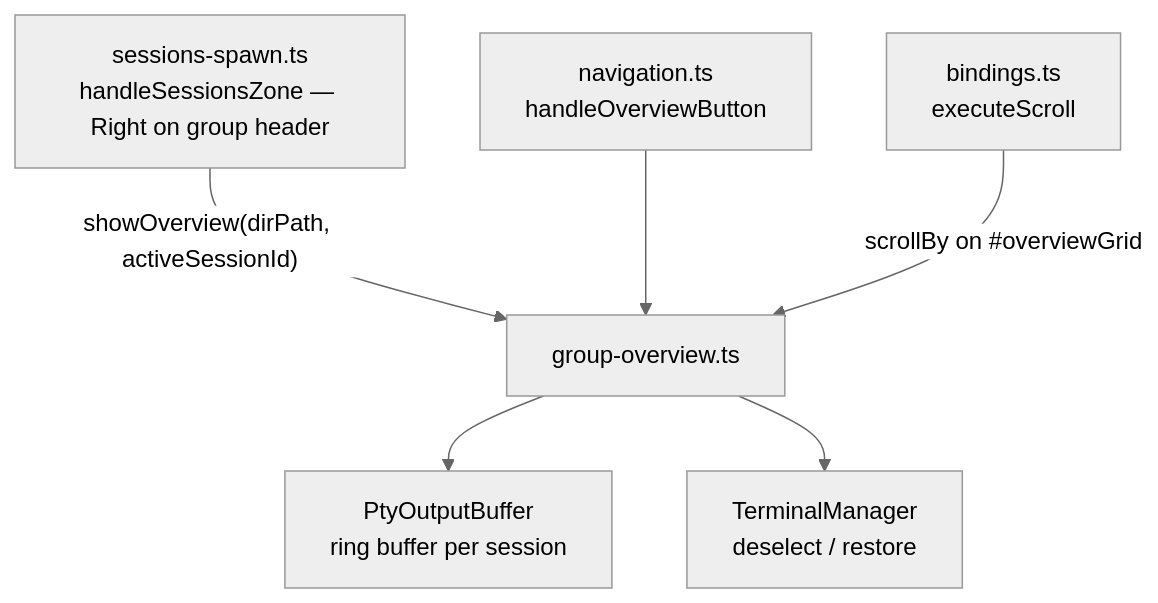
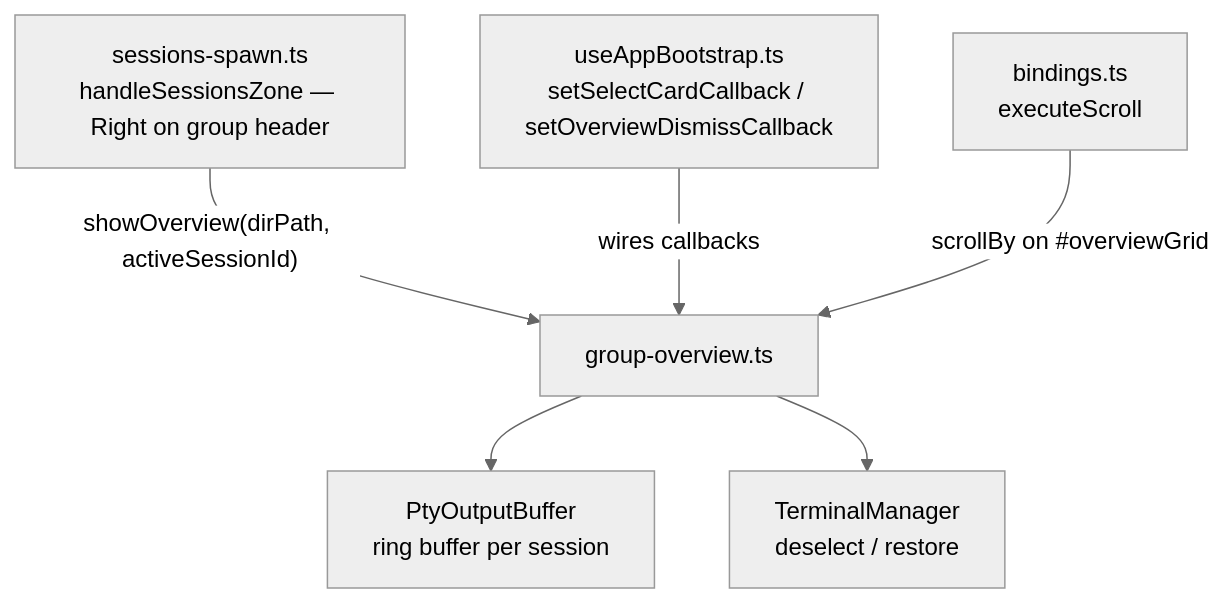
Before and after one commit to PetePeter/gamepad-cli-hub: the second of 2 diagrams in docs/group-overview.md, drawn with Mermaid (neutral theme). The commit also changed other lines of this file and 6 other files, not shown here.

First line of the commit message:
fix: overview navigation bugs — routing, race condition, nav restore

````diff
--- a/docs/group-overview.md
+++ b/docs/group-overview.md
@@ -89,8 +89,8 @@
 ```mermaid
 graph TB
     SO[sessions-spawn.ts<br>handleSessionsZone — Right on group header] -->|"showOverview(dirPath, activeSessionId)"| GO[group-overview.ts]
     GO --> OB[PtyOutputBuffer<br>ring buffer per session]
     GO --> TM[TerminalManager<br>deselect / restore]
-    NAV[navigation.ts<br>handleOverviewButton] --> GO
+    BOOT[useAppBootstrap.ts<br>setSelectCardCallback / setOverviewDismissCallback] -->|wires callbacks| GO
     BIND[bindings.ts<br>executeScroll] -->|"scrollBy on #overviewGrid"| GO
 ```
````
